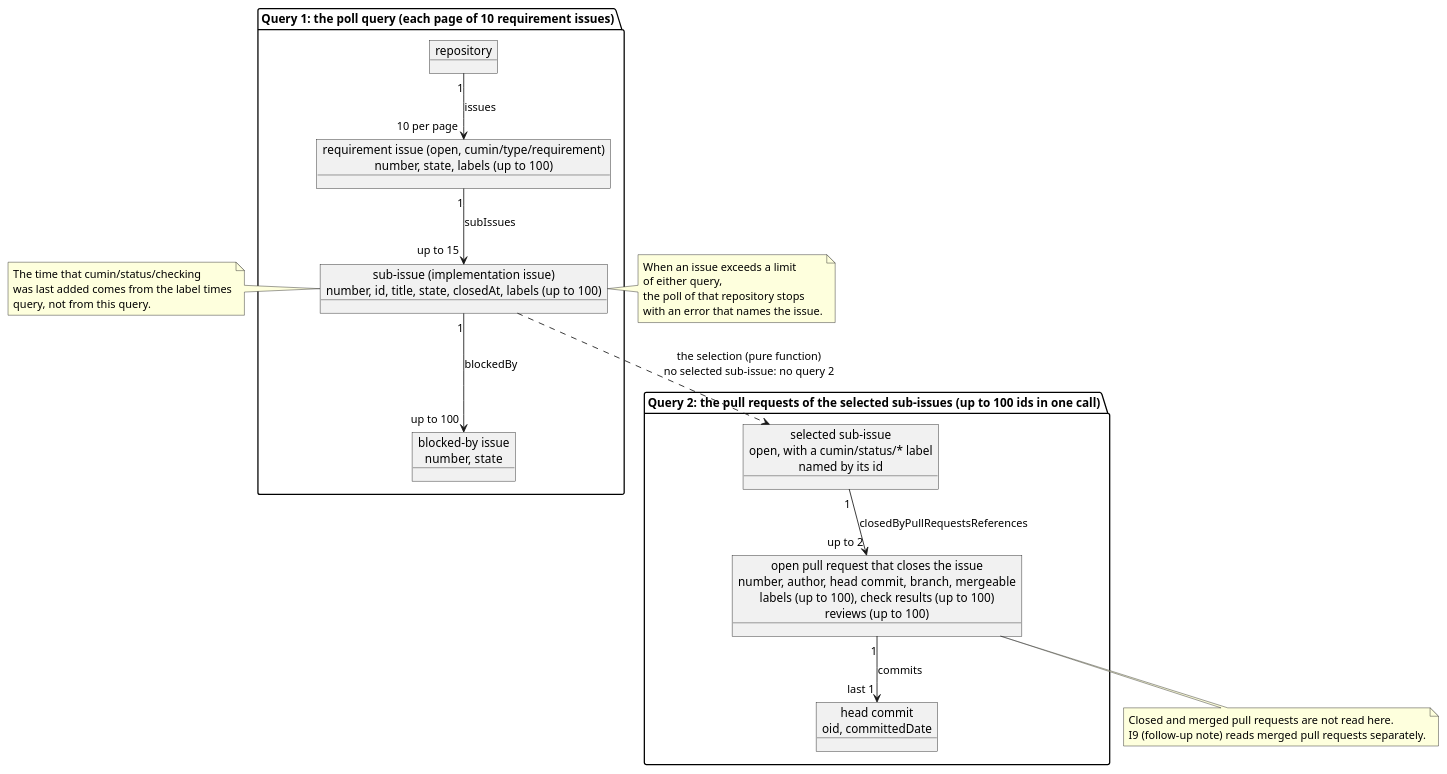
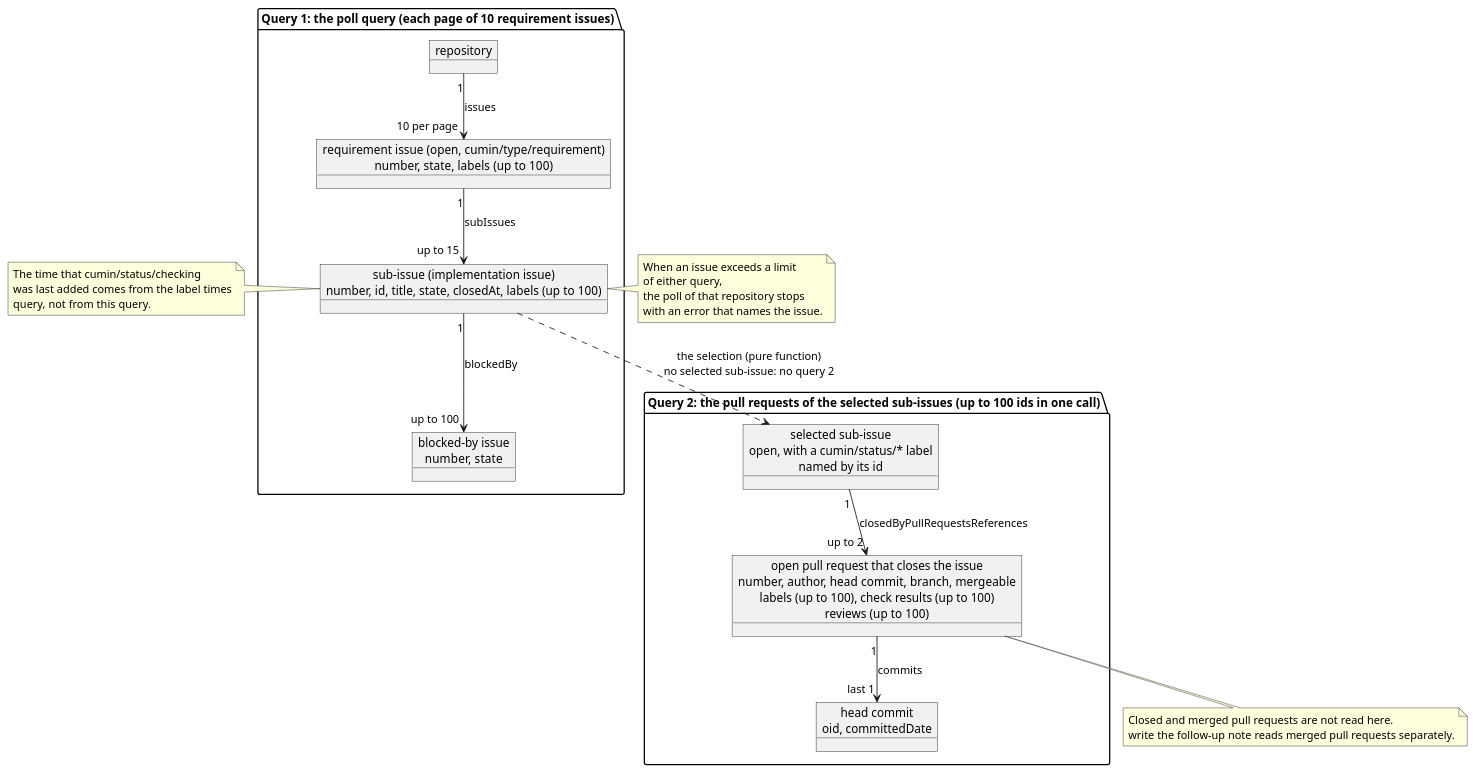
One commit to cloveclovedev/cumin-works changed the diagram in docs/ja/designs/poll-snapshot.puml. Above: the diagram before and after it, drawn with PlantUML. The commit also changed 19 other files, not shown here.

```diff
--- a/docs/ja/designs/poll-snapshot.puml
+++ b/docs/ja/designs/poll-snapshot.puml
@@ -1,42 +1,42 @@
 @startuml poll-snapshot
 ' cumin works - what the two queries of a poll read: nested connections and their limits.
 ' Document: poll.md, section on what a poll reads.
 ' Render: run scripts/render-diagrams.sh at the root of the repository.
 skinparam shadowing false
 skinparam defaultFontName sans-serif
 
 package "Query 1: the poll query (each page of 10 requirement issues)" {
   object "repository" as repo
   object "requirement issue (open, cumin/type/requirement)\nnumber, state, labels (up to 100)" as req
   object "sub-issue (implementation issue)\nnumber, id, title, state, closedAt, labels (up to 100)" as sub
   object "blocked-by issue\nnumber, state" as blocker
 }
 package "Query 2: the pull requests of the selected sub-issues (up to 100 ids in one call)" {
   object "selected sub-issue\nopen, with a cumin/status/* label\nnamed by its id" as selected
   object "open pull request that closes the issue\nnumber, author, head commit, branch, mergeable\nlabels (up to 100), check results (up to 100)\nreviews (up to 100)" as pr
   object "head commit\noid, committedDate" as commit
 }
 
 repo "1" --> "10 per page" req : issues
 req "1" --> "up to 15" sub : subIssues
 sub "1" --> "up to 100" blocker : blockedBy
 sub ..> selected : the selection (pure function)\nno selected sub-issue: no query 2
 selected "1" --> "up to 2" pr : closedByPullRequestsReferences
 pr "1" --> "last 1" commit : commits
 
 note bottom of pr
   Closed and merged pull requests are not read here.
-  I9 (follow-up note) reads merged pull requests separately.
+  write the follow-up note reads merged pull requests separately.
 end note
 note left of sub
   The time that cumin/status/checking
   was last added comes from the label times
   query, not from this query.
 end note
 note right of sub
   When an issue exceeds a limit
   of either query,
   the poll of that repository stops
   with an error that names the issue.
 end note
 @enduml
```
